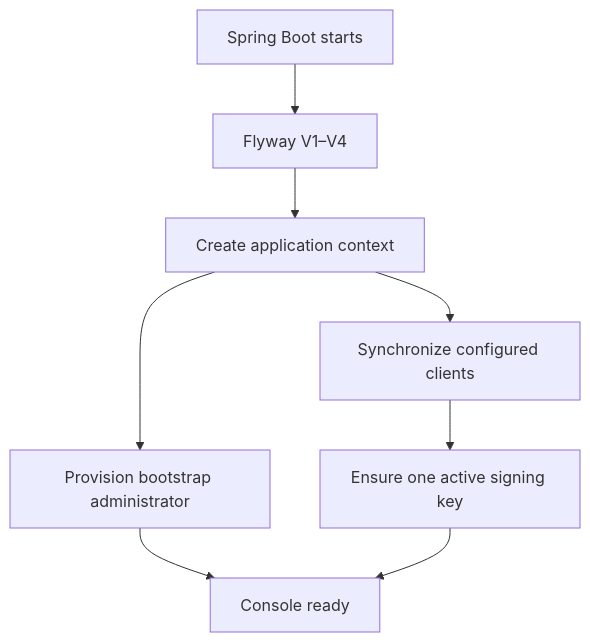
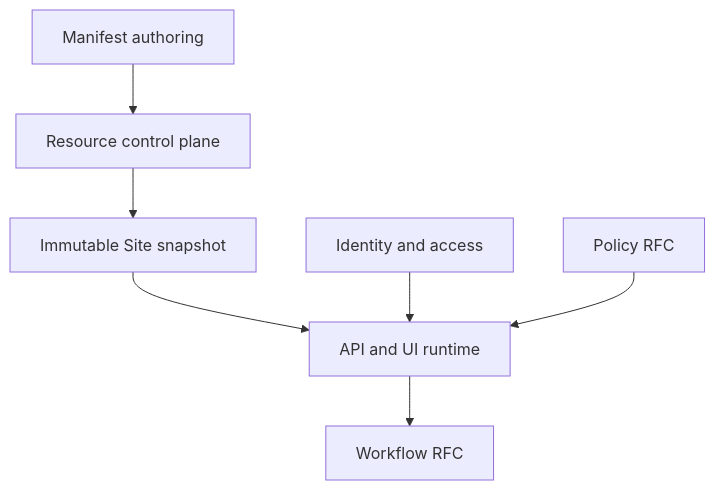
One commit to taskmigo/docs changed the diagram in content/versions/v0/developer/index.mdx. Above: the diagram before and after it, drawn with Mermaid. The commit also changed other lines of this file and 9 other files, not shown here.

````diff
--- a/content/versions/v0/developer/index.mdx
+++ b/content/versions/v0/developer/index.mdx
@@ -150,10 +15,9 @@
 ```mermaid
 flowchart TD
-  boot["Spring Boot starts"] --> flyway["Flyway V1–V4"]
-  flyway --> context["Create application context"]
-  context --> identity["Provision bootstrap administrator"]
-  context --> oauth["Synchronize configured clients"]
-  oauth --> key["Ensure one active signing key"]
-  identity --> ready["Console ready"]
-  key --> ready
+  author["Manifest authoring"] --> resource["Resource control plane"]
+  resource --> snapshot["Immutable Site snapshot"]
+  snapshot --> runtime["API and UI runtime"]
+  access["Identity and access"] --> runtime
+  policy["Policy RFC"] --> runtime
+  runtime --> workflow["Workflow RFC"]
 ```
````
